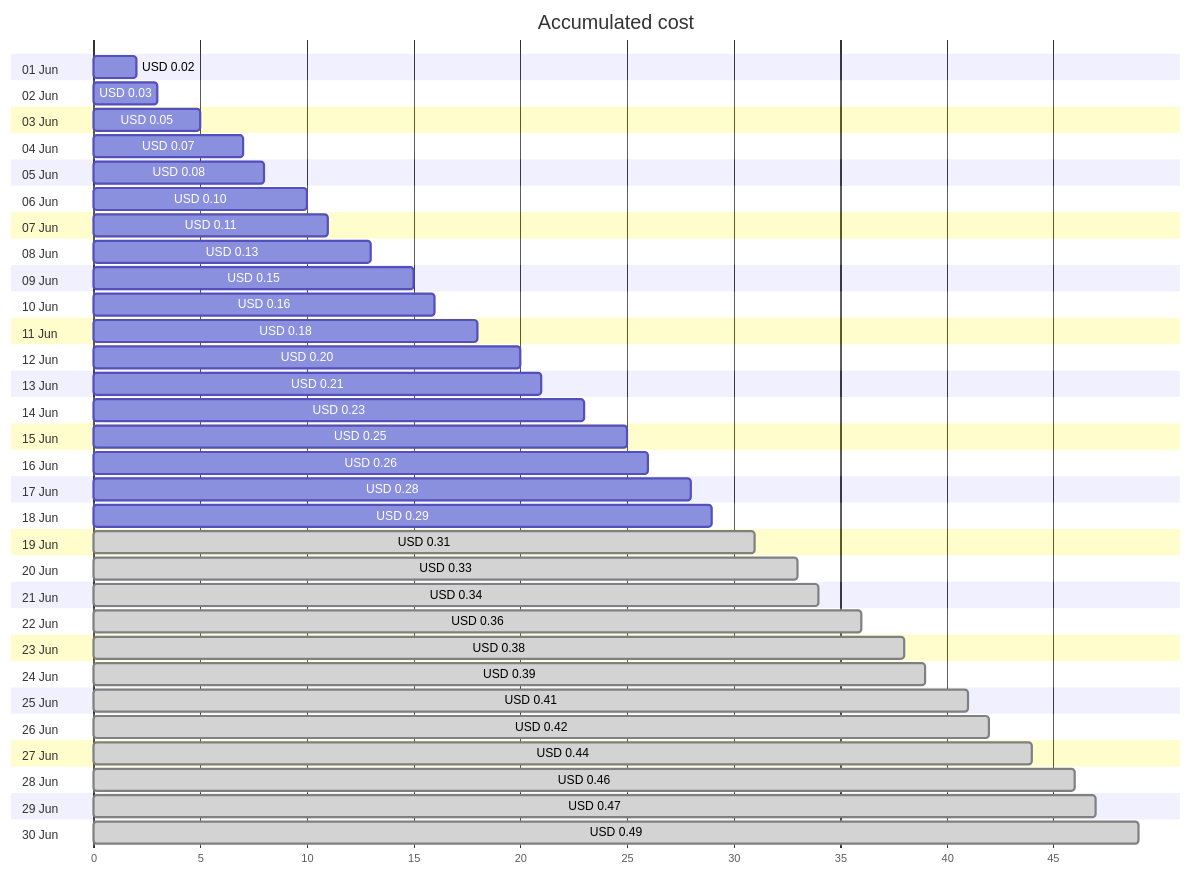
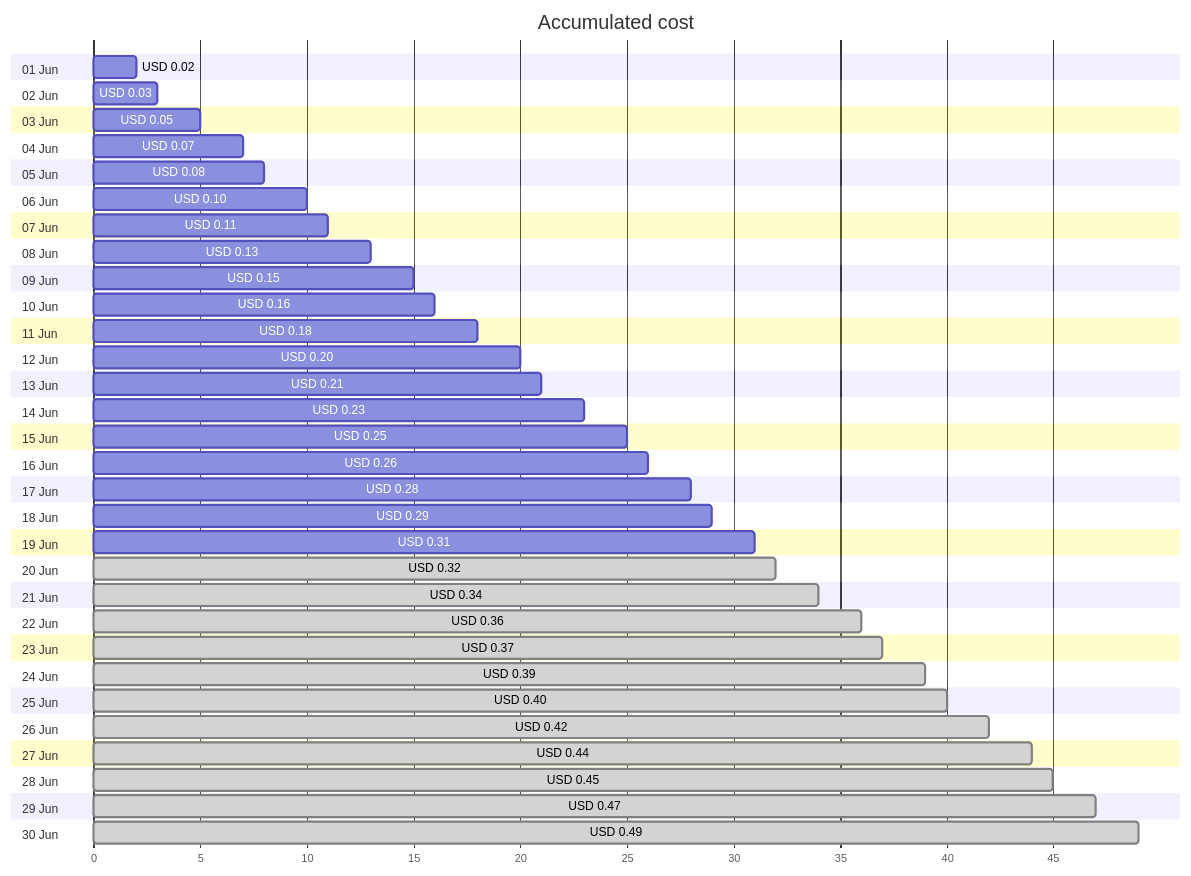
Before and after one commit to jpfulton/azure-personal-reports: the first of 4 diagrams in cost-reports/personal-dns/jpatrickfulton.com.md, drawn with Mermaid. The commit also changed other lines of this file and 2 other files, not shown here.

````diff
--- a/cost-reports/personal-dns/jpatrickfulton.com.md
+++ b/cost-reports/personal-dns/jpatrickfulton.com.md
@@ -20,66 +20,66 @@
 ```mermaid
 gantt
    title Accumulated cost
    dateFormat  X
    axisFormat %s
    section 01 Jun
    USD 0.02 :0, 2
    section 02 Jun
    USD 0.03 :0, 3
    section 03 Jun
    USD 0.05 :0, 5
    section 04 Jun
    USD 0.07 :0, 7
    section 05 Jun
    USD 0.08 :0, 8
    section 06 Jun
    USD 0.10 :0, 10
    section 07 Jun
    USD 0.11 :0, 11
    section 08 Jun
    USD 0.13 :0, 13
    section 09 Jun
    USD 0.15 :0, 15
    section 10 Jun
    USD 0.16 :0, 16
    section 11 Jun
    USD 0.18 :0, 18
    section 12 Jun
    USD 0.20 :0, 20
    section 13 Jun
    USD 0.21 :0, 21
    section 14 Jun
    USD 0.23 :0, 23
    section 15 Jun
    USD 0.25 :0, 25
    section 16 Jun
    USD 0.26 :0, 26
    section 17 Jun
    USD 0.28 :0, 28
    section 18 Jun
    USD 0.29 :0, 29
    section 19 Jun
-   USD 0.31 : done, 0, 31
+   USD 0.31 :0, 31
    section 20 Jun
-   USD 0.33 : done, 0, 33
+   USD 0.32 : done, 0, 32
    section 21 Jun
    USD 0.34 : done, 0, 34
    section 22 Jun
    USD 0.36 : done, 0, 36
    section 23 Jun
-   USD 0.38 : done, 0, 38
+   USD 0.37 : done, 0, 37
    section 24 Jun
    USD 0.39 : done, 0, 39
    section 25 Jun
-   USD 0.41 : done, 0, 41
+   USD 0.40 : done, 0, 40
    section 26 Jun
    USD 0.42 : done, 0, 42
    section 27 Jun
    USD 0.44 : done, 0, 44
    section 28 Jun
-   USD 0.46 : done, 0, 46
+   USD 0.45 : done, 0, 45
    section 29 Jun
    USD 0.47 : done, 0, 47
    section 30 Jun
    USD 0.49 : done, 0, 49
 ```
````
